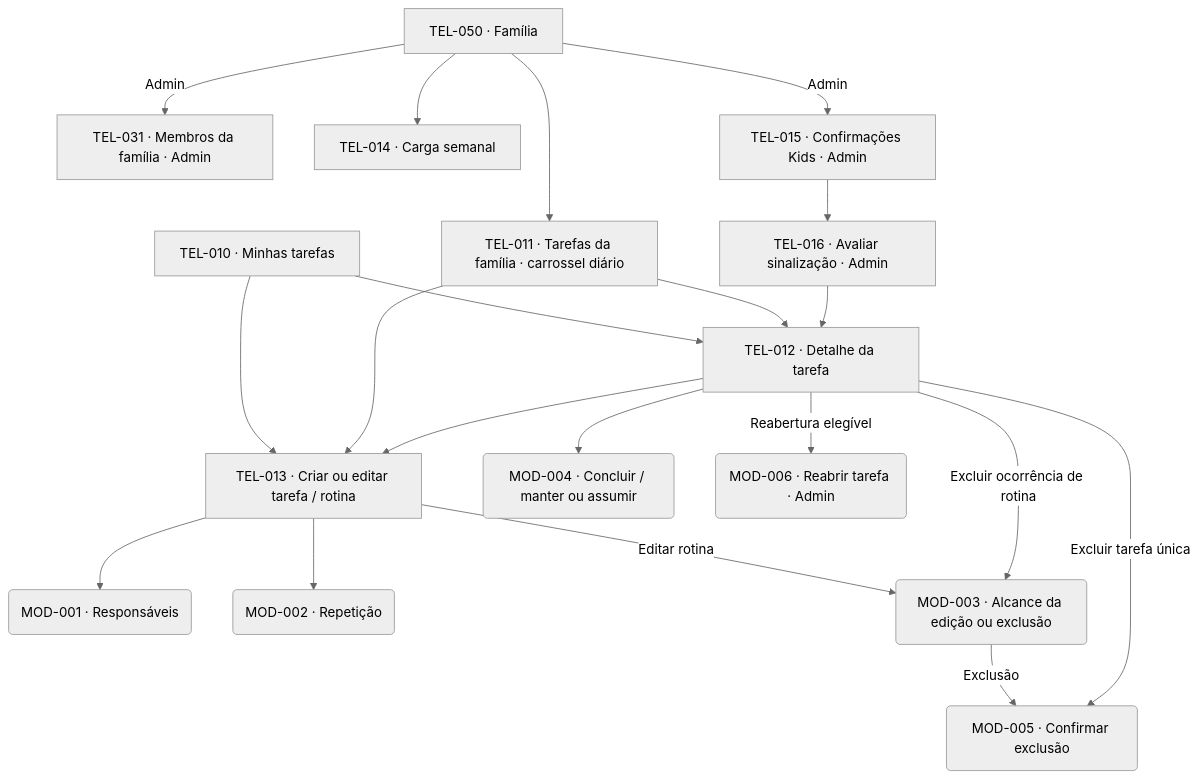
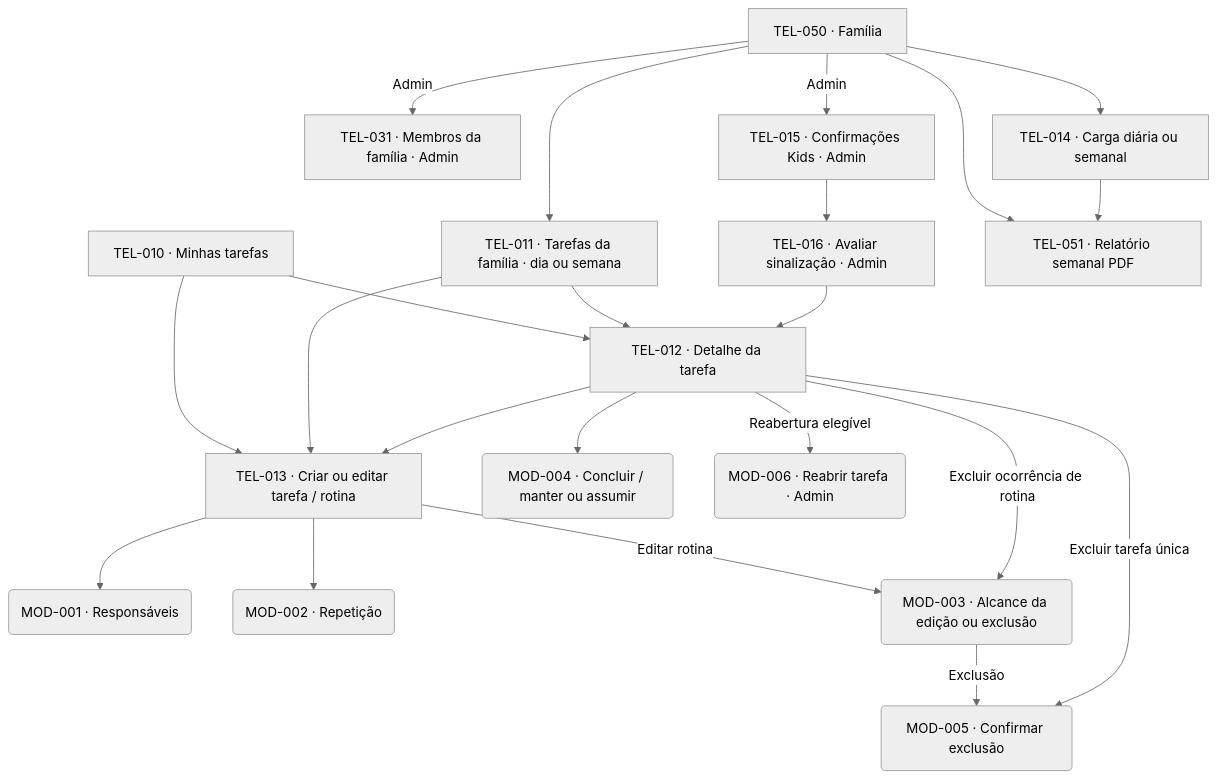
One commit to lizandramalta/App-Rotina-Familiar changed the second of 6 diagrams in docs/design/screen-map.md. Above: the diagram before and after it, drawn with Mermaid (neutral theme). The commit also changed other lines of this file and 21 other files, not shown here.

````diff
--- a/docs/design/screen-map.md
+++ b/docs/design/screen-map.md
@@ -64,37 +63,39 @@
 ```mermaid
 flowchart TD
     T010["TEL-010 · Minhas tarefas"]
     T050["TEL-050 · Família"]
     T031["TEL-031 · Membros da família · Admin"]
-    T011["TEL-011 · Tarefas da família · carrossel diário"]
+    T011["TEL-011 · Tarefas da família · dia ou semana"]
     T012["TEL-012 · Detalhe da tarefa"]
     T013["TEL-013 · Criar ou editar tarefa / rotina"]
-    T014["TEL-014 · Carga semanal"]
+    T014["TEL-014 · Carga diária ou semanal"]
     T015["TEL-015 · Confirmações Kids · Admin"]
     T016["TEL-016 · Avaliar sinalização · Admin"]
     M001("MOD-001 · Responsáveis")
     M002("MOD-002 · Repetição")
     M003("MOD-003 · Alcance da edição ou exclusão")
     M004("MOD-004 · Concluir / manter ou assumir")
     M005("MOD-005 · Confirmar exclusão")
     M006("MOD-006 · Reabrir tarefa · Admin")
     T050 --> T011
     T050 -->|Admin| T031
     T010 --> T012
     T010 --> T013
     T050 --> T014
+    T050 --> T051["TEL-051 · Relatório semanal PDF"]
+    T014 --> T051
     T050 -->|Admin| T015
     T011 --> T012
     T011 --> T013
     T012 --> T013
     T013 --> M001
     T013 --> M002
     T013 -->|Editar rotina| M003
     T012 --> M004
     T012 -->|Excluir ocorrência de rotina| M003
     M003 -->|Exclusão| M005
     T012 -->|Excluir tarefa única| M005
     T012 -->|Reabertura elegível| M006
     T015 --> T016
     T016 --> T012
 ```
````
